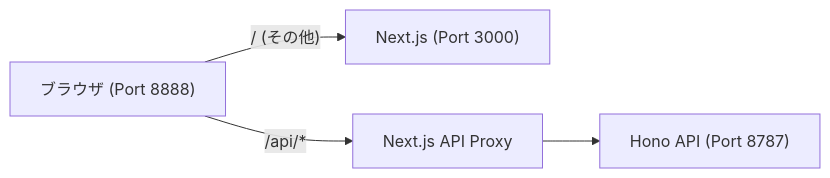
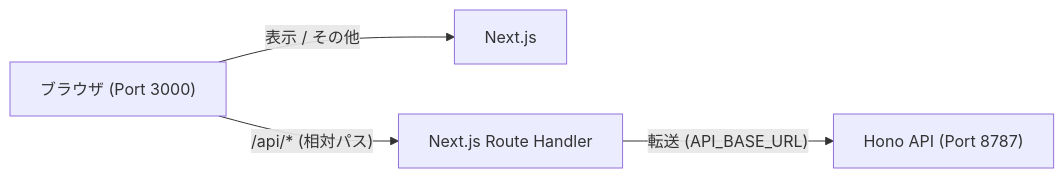
Before and after one commit to oharasystem/next-hono-d1-template: the diagram in README.md, drawn with Mermaid. The commit also changed other lines of this file, not shown here.

````diff
--- a/README.md
+++ b/README.md
@@ -80,6 +80,6 @@
 ```mermaid
 graph LR
-    Browser["ブラウザ (Port 8888)"] -- "/ (その他)" --> NextJS["Next.js (Port 3000)"]
-    Browser -- "/api/*" --> Proxy["Next.js API Proxy"]
-    Proxy --> Hono["Hono API (Port 8787)"]
+    Browser["ブラウザ (Port 3000)"] -- "表示 / その他" --> NextJS["Next.js"]
+    Browser -- "/api/* (相対パス)" --> Proxy["Next.js Route Handler"]
+    Proxy -- "転送 (API_BASE_URL)" --> Hono["Hono API (Port 8787)"]
 ```
````
